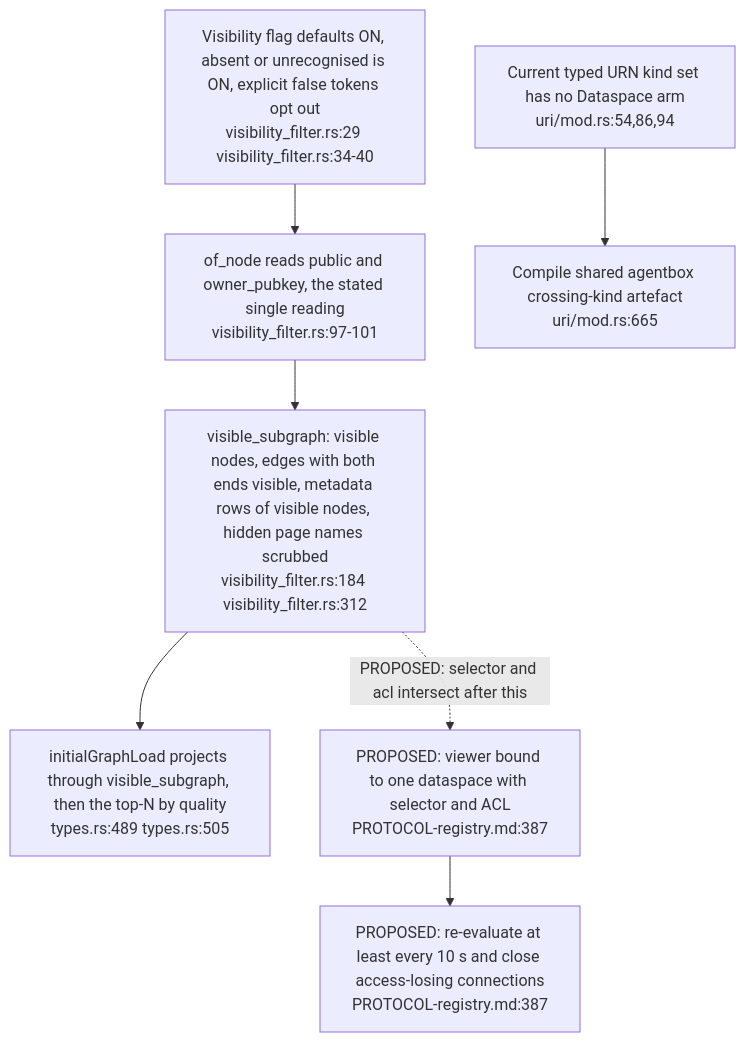
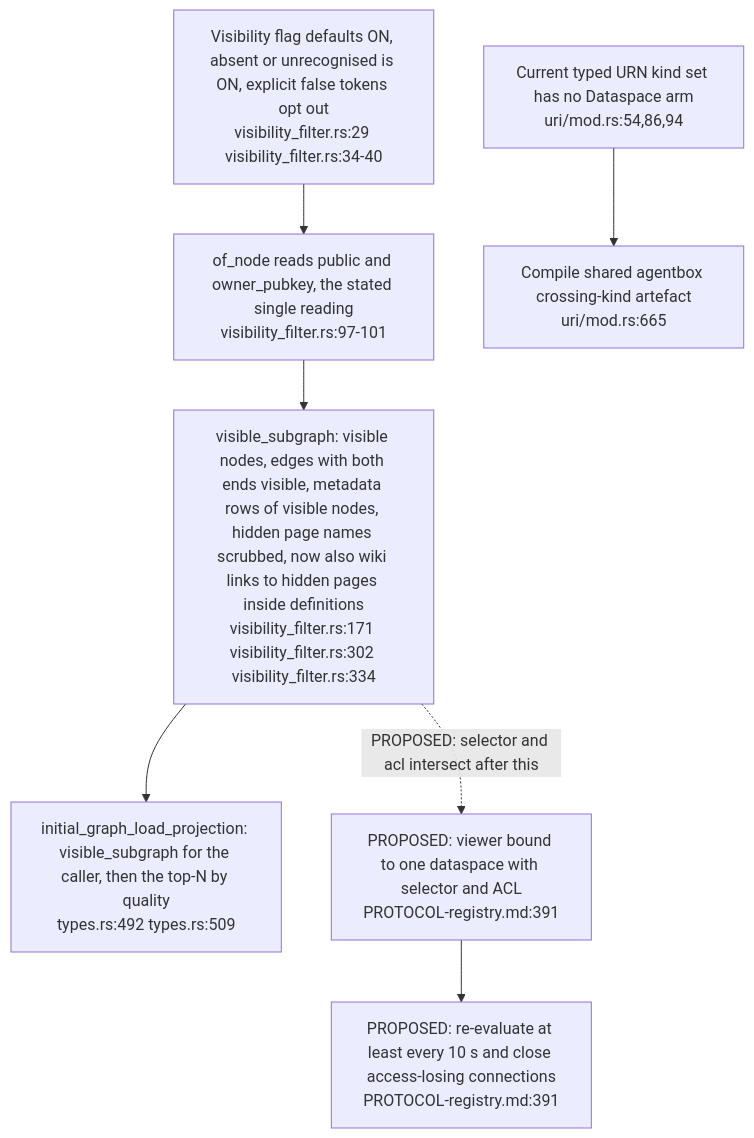
The second of 3 diagrams in docs/diagrams/visionclaw/48-dataspace-federation-prerequisites.md (DreamLab-AI/VisionFlow), drawn with Mermaid before and after one commit. The commit also changed other lines of this file and 46 other files, not shown here.

Commit message:
docs(diagrams): re-verify VisionClaw topics at 809a859aa/a950f4d80 after the consolidation pass

````diff
--- a/docs/diagrams/visionclaw/48-dataspace-federation-prerequisites.md
+++ b/docs/diagrams/visionclaw/48-dataspace-federation-prerequisites.md
@@ -49,9 +49,9 @@
 ```mermaid
 flowchart TD
     FLAG["Visibility flag defaults ON, absent or unrecognised is ON, explicit false tokens opt out<br/>visibility_filter.rs:29 visibility_filter.rs:34-40"] --> OF["of_node reads public and owner_pubkey, the stated single reading<br/>visibility_filter.rs:97-101"]
-    OF --> SUB["visible_subgraph: visible nodes, edges with both ends visible, metadata rows of visible nodes, hidden page names scrubbed<br/>visibility_filter.rs:184 visibility_filter.rs:312"]
-    SUB --> WSS["initialGraphLoad projects through visible_subgraph, then the top-N by quality<br/>types.rs:489 types.rs:505"]
+    OF --> SUB["visible_subgraph: visible nodes, edges with both ends visible, metadata rows of visible nodes, hidden page names scrubbed, now also wiki links to hidden pages inside definitions<br/>visibility_filter.rs:171 visibility_filter.rs:302 visibility_filter.rs:334"]
+    SUB --> WSS["initial_graph_load_projection: visible_subgraph for the caller, then the top-N by quality<br/>types.rs:492 types.rs:509"]
     KINDS["Current typed URN kind set has no Dataspace arm<br/>uri/mod.rs:54,86,94"] --> SHARED["Compile shared agentbox crossing-kind artefact<br/>uri/mod.rs:665"]
-    SPEC["PROPOSED: viewer bound to one dataspace with selector and ACL<br/>PROTOCOL-registry.md:387"] --> RECHECK["PROPOSED: re-evaluate at least every 10 s and close access-losing connections<br/>PROTOCOL-registry.md:387"]
+    SPEC["PROPOSED: viewer bound to one dataspace with selector and ACL<br/>PROTOCOL-registry.md:391"] --> RECHECK["PROPOSED: re-evaluate at least every 10 s and close access-losing connections<br/>PROTOCOL-registry.md:391"]
     SUB -.->|"PROPOSED: selector and acl intersect after this"| SPEC
 ```
````
